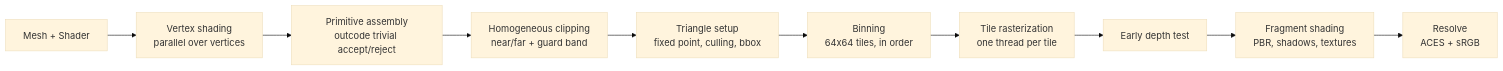
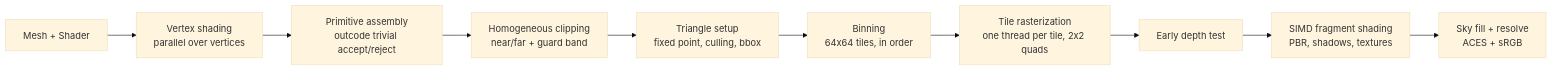
Before and after one commit to feelgxxd/tiny-software-renderer: the diagram in README.md, drawn with Mermaid (base theme). The commit also changed other lines of this file and 21 other files, not shown here.

First line of the commit message:
perf: SIMD 2x2 quad shading for SSE2, NEON and WebAssembly SIMD128

````diff
--- a/README.md
+++ b/README.md
@@ -69,12 +78,12 @@
 ```mermaid
 flowchart LR
     A[Mesh + Shader] --> B[Vertex shading<br/>parallel over vertices]
     B --> C[Primitive assembly<br/>outcode trivial accept/reject]
     C --> D[Homogeneous clipping<br/>near/far + guard band]
     D --> E[Triangle setup<br/>fixed point, culling, bbox]
     E --> F[Binning<br/>64x64 tiles, in order]
-    F --> G[Tile rasterization<br/>one thread per tile]
+    F --> G[Tile rasterization<br/>one thread per tile, 2x2 quads]
     G --> H[Early depth test]
-    H --> I[Fragment shading<br/>PBR, shadows, textures]
-    I --> J[Resolve<br/>ACES + sRGB]
+    H --> I[SIMD fragment shading<br/>PBR, shadows, textures]
+    I --> J[Sky fill + resolve<br/>ACES + sRGB]
 ```
````
